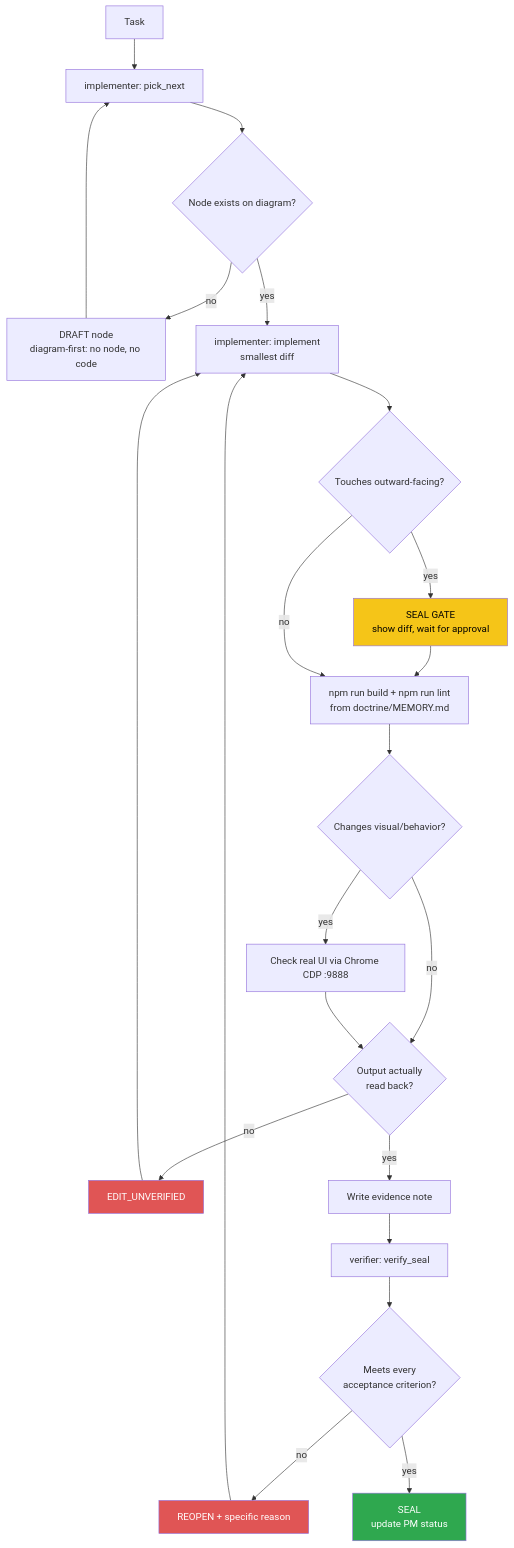
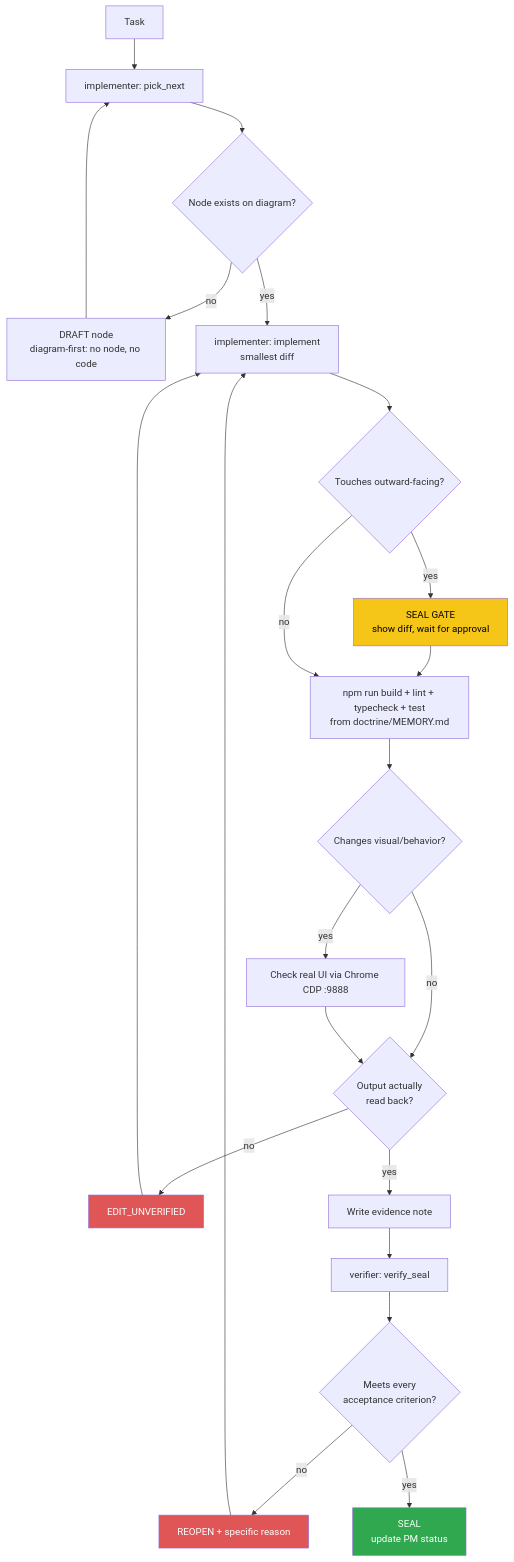
Before and after one commit to datvt243/datvt243.github.io: the diagram in agent-hub/haven/diagrams/dev-loop.prime-mermaid.md, drawn with Mermaid. The commit also changed other lines of this file and 35 other files, not shown here.

First line of the commit message:
ci(test): run typecheck and a Vitest unit suite in CI

````diff
--- a/agent-hub/haven/diagrams/dev-loop.prime-mermaid.md
+++ b/agent-hub/haven/diagrams/dev-loop.prime-mermaid.md
@@ -10,31 +10,31 @@
 ```mermaid
 flowchart TD
     task[Task] --> pick[implementer: pick_next]
     pick --> exist{Node exists on diagram?}
     exist -- no --> draft[DRAFT node<br/>diagram-first: no node, no code]
     draft --> pick
     exist -- yes --> impl[implementer: implement<br/>smallest diff]
     impl --> outward{Touches outward-facing?}
     outward -- yes --> gate[SEAL GATE<br/>show diff, wait for approval]
     gate --> build
-    outward -- no --> build[npm run build + npm run lint<br/>from doctrine/MEMORY.md]
+    outward -- no --> build[npm run build + lint + typecheck + test<br/>from doctrine/MEMORY.md]
     build --> visual{Changes visual/behavior?}
     visual -- yes --> cdp[Check real UI via Chrome CDP :9888]
     visual -- no --> readback
     cdp --> readback{Output actually<br/>read back?}
     readback -- no --> unverified[EDIT_UNVERIFIED]
     unverified --> impl
     readback -- yes --> evidence[Write evidence note]
     evidence --> verifier[verifier: verify_seal]
     verifier --> verdict{Meets every<br/>acceptance criterion?}
     verdict -- no --> reopen[REOPEN + specific reason]
     reopen --> impl
     verdict -- yes --> seal[SEAL<br/>update PM status]
 
     classDef gate fill:#f5c518,color:#000
     classDef bad fill:#e05555,color:#fff
     classDef good fill:#2fa84f,color:#fff
     class gate gate
     class unverified,reopen bad
     class seal good
 ```
````
